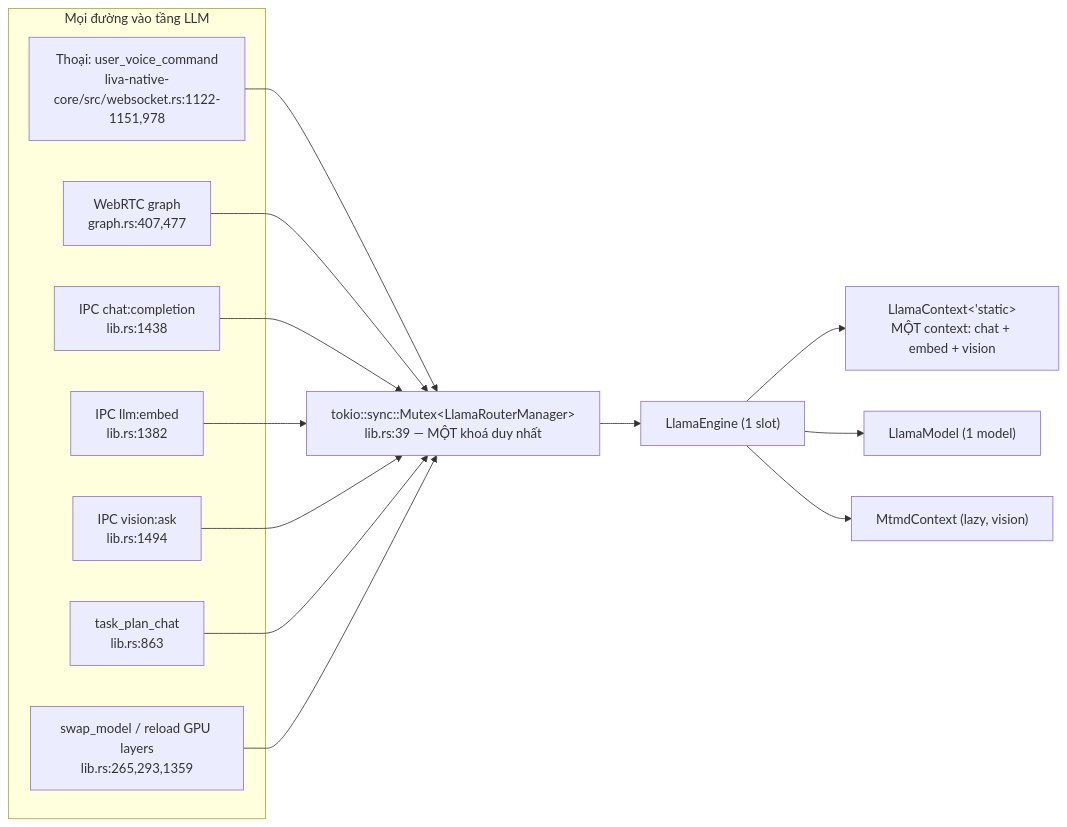
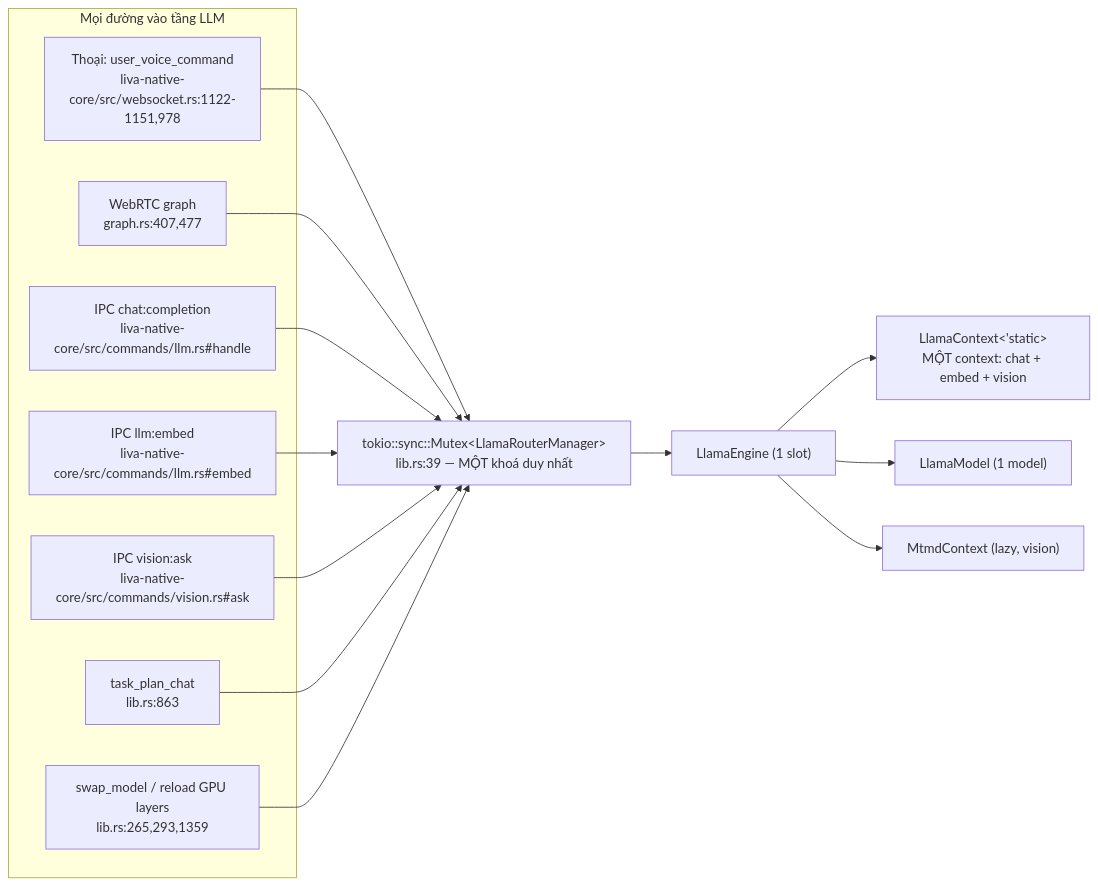
One commit to DuongNAD/LIVA changed the fourth of 5 diagrams in docs/01-ban-ve/04-he-llm-va-prompt.md. Above: the diagram before and after it, drawn with Mermaid. The commit also changed other lines of this file and 18 other files, not shown here.

````diff
--- a/docs/01-ban-ve/04-he-llm-va-prompt.md
+++ b/docs/01-ban-ve/04-he-llm-va-prompt.md
@@ -658,26 +658,26 @@
 ```mermaid
 flowchart LR
     subgraph Callers["Mọi đường vào tầng LLM"]
         V["Thoại: user_voice_command<br/>liva-native-core/src/websocket.rs:1122-1151,978"]
         W["WebRTC graph<br/>graph.rs:407,477"]
-        I["IPC chat:completion<br/>lib.rs:1438"]
-        E["IPC llm:embed<br/>lib.rs:1382"]
-        X["IPC vision:ask<br/>lib.rs:1494"]
+        I["IPC chat:completion<br/>liva-native-core/src/commands/llm.rs#handle"]
+        E["IPC llm:embed<br/>liva-native-core/src/commands/llm.rs#embed"]
+        X["IPC vision:ask<br/>liva-native-core/src/commands/vision.rs#ask"]
         T["task_plan_chat<br/>lib.rs:863"]
         S["swap_model / reload GPU layers<br/>lib.rs:265,293,1359"]
     end
 
     V --> M
     W --> M
     I --> M
     E --> M
     X --> M
     T --> M
     S --> M
 
     M["tokio::sync::Mutex&lt;LlamaRouterManager&gt;<br/>lib.rs:39 — MỘT khoá duy nhất"]
     M --> EG["LlamaEngine (1 slot)"]
     EG --> CTX["LlamaContext&lt;'static&gt;<br/>MỘT context: chat + embed + vision"]
     EG --> MD["LlamaModel (1 model)"]
     EG --> MT["MtmdContext (lazy, vision)"]
 ```
````
